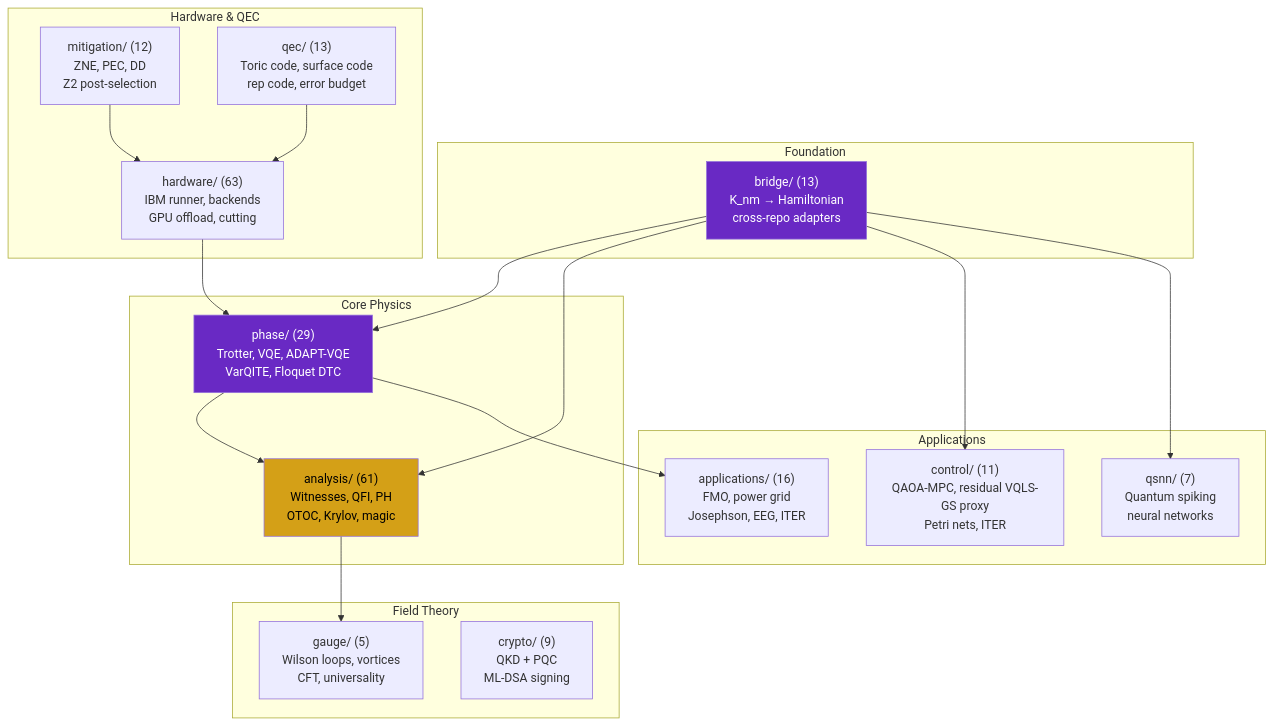
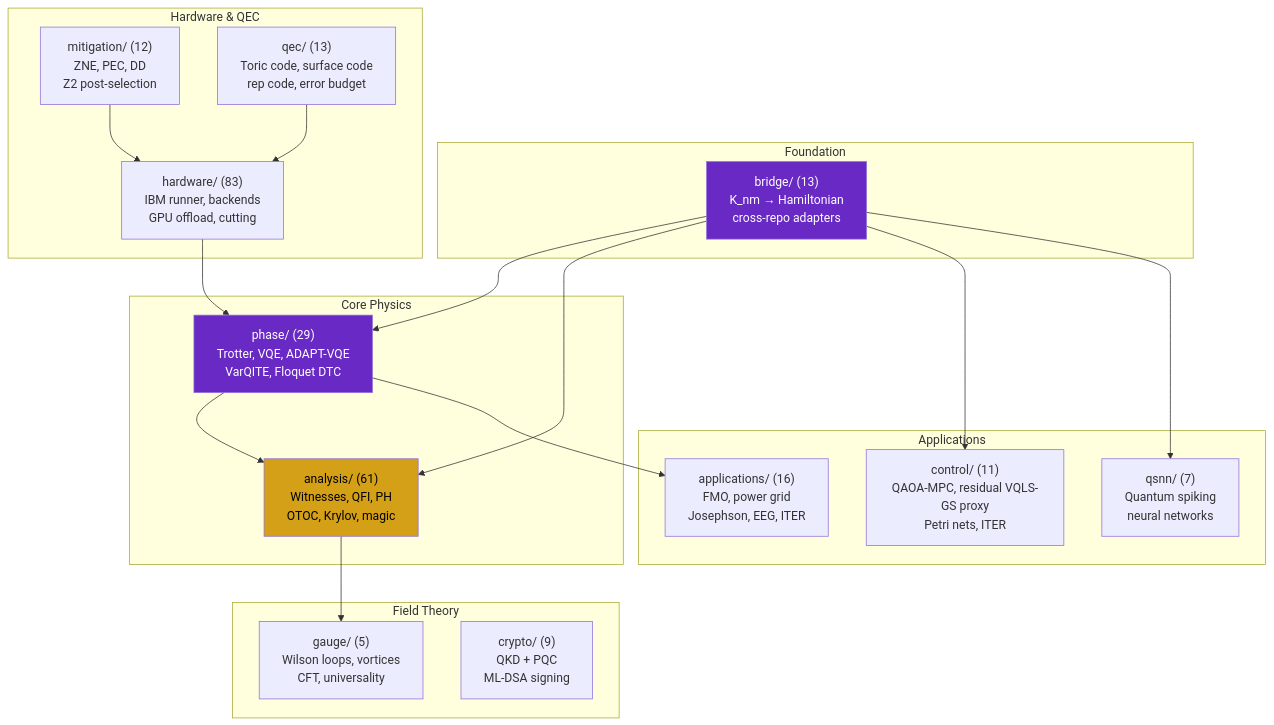
The first of 2 diagrams in README.md (anulum/scpn-quantum-control), drawn with Mermaid before and after one commit. The commit also changed other lines of this file and 39 other files, not shown here.

````diff
--- a/README.md
+++ b/README.md
@@ -666,43 +672,43 @@
 ```mermaid
 graph TD
     subgraph Foundation
         bridge["bridge/ (13)\nK_nm → Hamiltonian\ncross-repo adapters"]
     end
 
     subgraph "Core Physics"
         phase["phase/ (29)\nTrotter, VQE, ADAPT-VQE\nVarQITE, Floquet DTC"]
         analysis["analysis/ (61)\nWitnesses, QFI, PH\nOTOC, Krylov, magic"]
     end
 
     subgraph "Applications"
         control["control/ (11)\nQAOA-MPC, residual VQLS-GS proxy\nPetri nets, ITER"]
         qsnn["qsnn/ (7)\nQuantum spiking\nneural networks"]
         apps["applications/ (16)\nFMO, power grid\nJosephson, EEG, ITER"]
     end
 
     subgraph "Hardware & QEC"
-        hw["hardware/ (63)\nIBM runner, backends\nGPU offload, cutting"]
+        hw["hardware/ (83)\nIBM runner, backends\nGPU offload, cutting"]
         mit["mitigation/ (12)\nZNE, PEC, DD\nZ2 post-selection"]
         qec["qec/ (13)\nToric code, surface code\nrep code, error budget"]
     end
 
     subgraph "Field Theory"
         gauge["gauge/ (5)\nWilson loops, vortices\nCFT, universality"]
         crypto["crypto/ (9)\nQKD + PQC\nML-DSA signing"]
     end
 
     bridge --> phase
     bridge --> analysis
     bridge --> control
     bridge --> qsnn
     phase --> analysis
     phase --> apps
     hw --> phase
     mit --> hw
     qec --> hw
     analysis --> gauge
 
     style bridge fill:#6929C4,color:#fff
     style analysis fill:#d4a017,color:#000
     style phase fill:#6929C4,color:#fff
 ```
````
